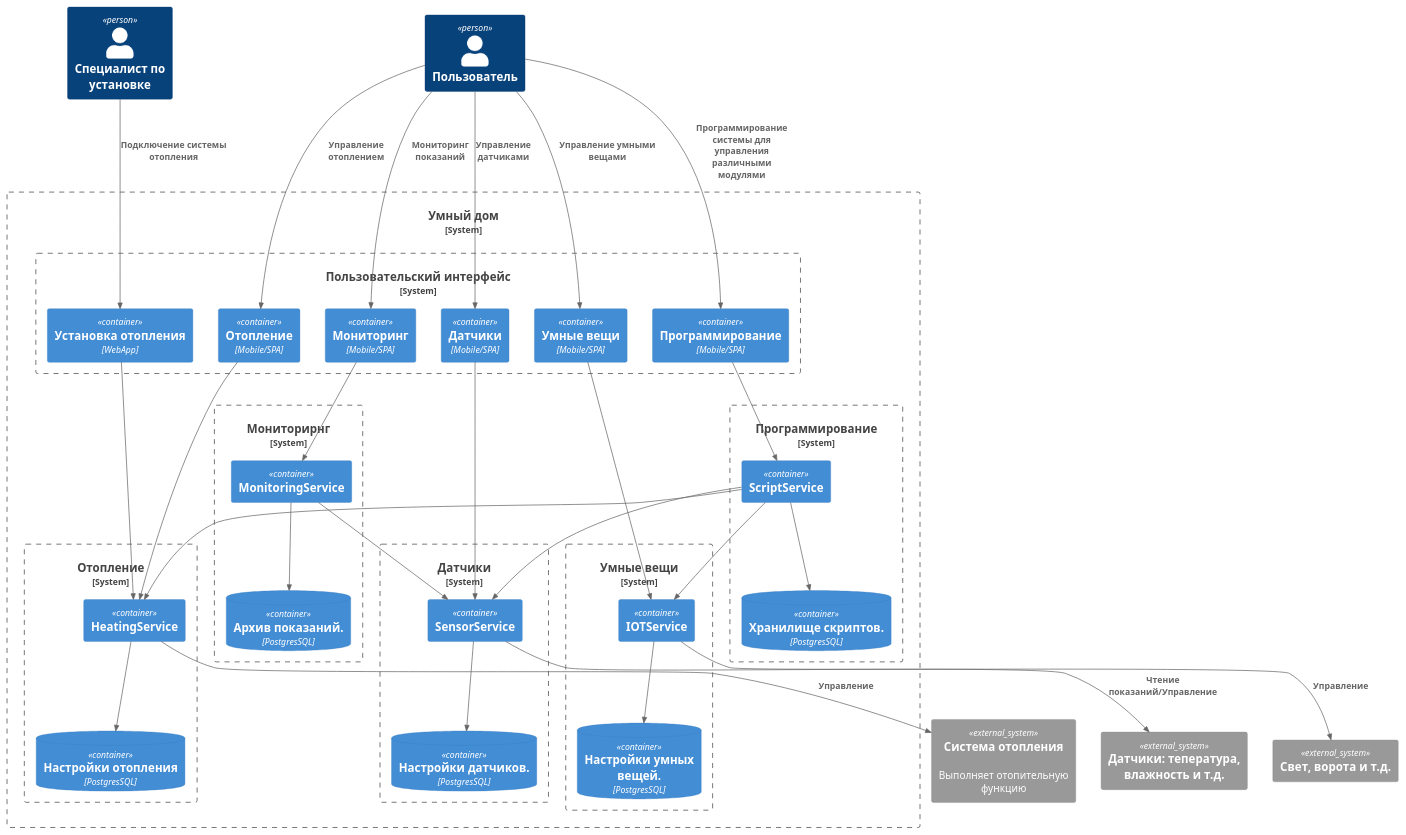
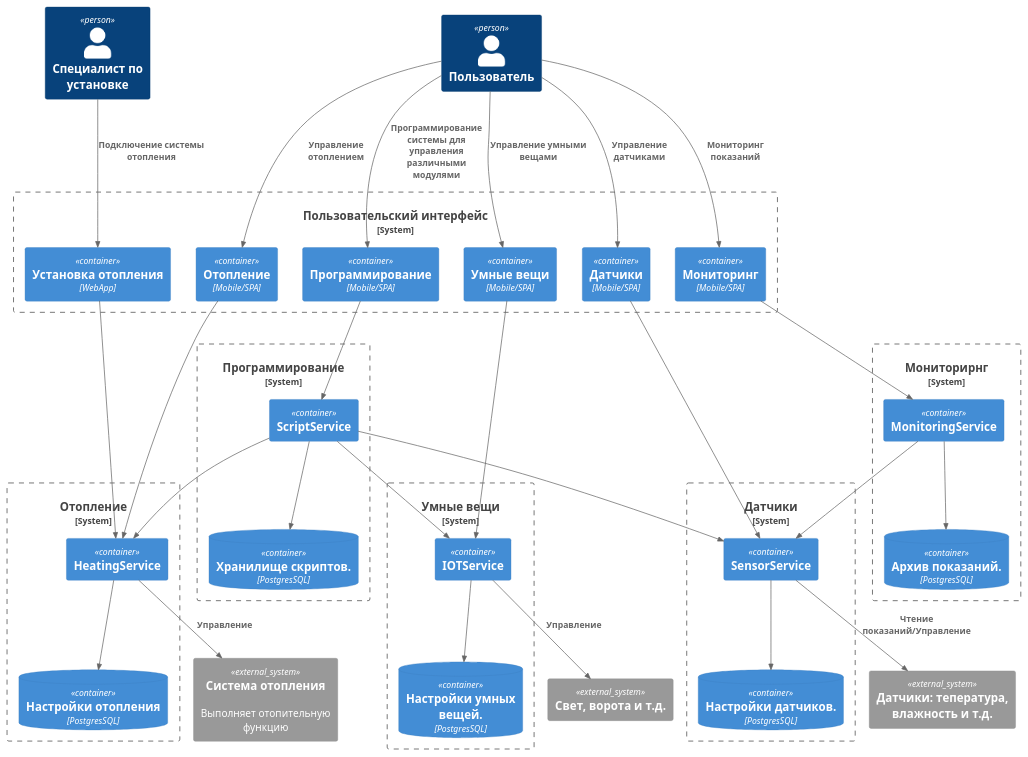
One commit to vladimir-kulgun/architecture-pro-warmhouse changed the diagram in schemas/TO-BE/container.puml. Above: the diagram before and after it, drawn with PlantUML.

```diff
--- a/schemas/TO-BE/container.puml
+++ b/schemas/TO-BE/container.puml
@@ -1,77 +1,75 @@
 @startuml
 !include https://raw.githubusercontent.com/plantuml-stdlib/C4-PlantUML/master/C4_Container.puml
 
 Person(engineer, "Специалист по установке")
 Person(user, "Пользователь")
 
-System_Boundary(smartHome, "Умный дом") {
 
   System_Boundary(front_end, "Пользовательский интерфейс") {
     Container(warm_house_fe, "Установка отопления", "WebApp")
     Container(heating_fe, "Отопление", "Mobile/SPA")
 
     Container(sensors_fe, "Датчики", "Mobile/SPA")
     Container(iot_fe, "Умные вещи", "Mobile/SPA")
     Container(monitoring_fe, "Мониторинг", "Mobile/SPA")
     Container(script_fe, "Программирование", "Mobile/SPA")
   }
   
   System_Boundary(heating_be, "Отопление") {
     Container(heating_service, "HeatingService", "")
     ContainerDb(heating_db, "Настройки отопления", "PostgresSQL")
   }
 
   System_Boundary(sensors_be, "Датчики") {
     Container(sensors_service, "SensorService", "")
     ContainerDb(sensors_db, "Настройки датчиков.", "PostgresSQL")
   }
 
   System_Boundary(iot_be, "Умные вещи") {
     Container(iot_service, "IOTService", "")
     ContainerDb(iot_db, "Настройки умных вещей.", "PostgresSQL")
   }
 
   System_Boundary(monitoring_be, "Мониторирнг") {
     Container(monitoring_service, "MonitoringService", "")
     ContainerDb(monitoring_db, "Архив показаний.", "PostgresSQL")
   }
 
   System_Boundary(script_be, "Программирование") {
     Container(script_service, "ScriptService", "")
     ContainerDb(script_db, "Хранилище скриптов.", "PostgresSQL")
   }
-}
 
 Rel(user, heating_fe, "Управление отоплением")
 Rel(engineer, warm_house_fe, "Подключение системы отопления")
 System_Ext(heating_system, "Система отопления", "Выполняет отопительную функцию")
 Rel(heating_fe, heating_service, "")
 Rel(warm_house_fe, heating_service, "")
 Rel(heating_service, heating_db, "")
 Rel(heating_service, heating_system, "Управление")
 
 Rel(user, sensors_fe, "Управление датчиками")
 System_Ext(sensors, "Датчики: тепература, влажность и т.д.", "")
 Rel(sensors_fe, sensors_service, "")
 Rel(sensors_service, sensors_db, "")
 Rel(sensors_service, sensors, "Чтение показаний/Управление")
 
 Rel(user, iot_fe, "Управление умными вещами")
 System_Ext(iot, "Свет, ворота и т.д.", "")
 Rel(iot_fe, iot_service, "")
 Rel(iot_service, iot_db, "")
 Rel(iot_service, iot, "Управление")
 
 Rel(user, monitoring_fe, "Мониторинг показаний")
 Rel(monitoring_fe, monitoring_service, "")
 Rel(monitoring_service, sensors_service, "")
 Rel(monitoring_service, monitoring_db, "")
 
 Rel(user, script_fe, "Программирование системы для управления различными модулями")
 Rel(script_fe, script_service, "")
 Rel(script_service, sensors_service, "")
 Rel(script_service, heating_service, "")
 Rel(script_service, iot_service, "")
 Rel(script_service, script_db, "")
 
 @enduml
```
